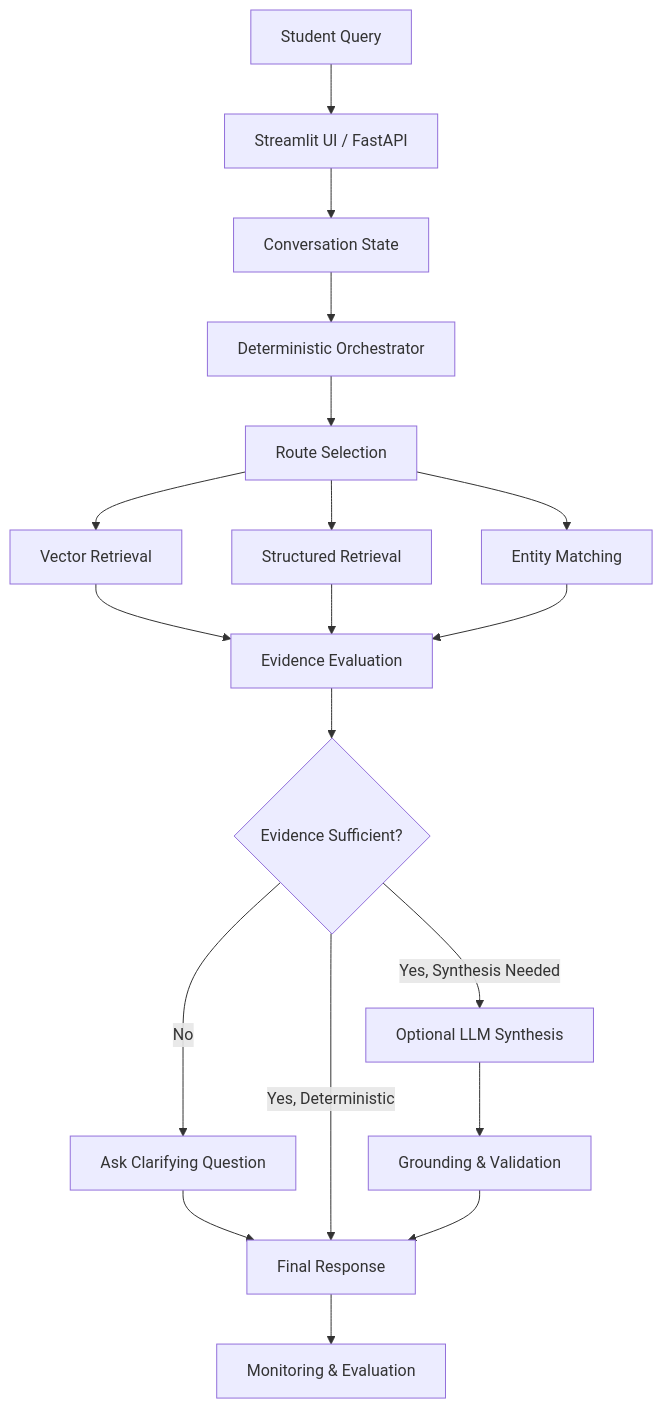
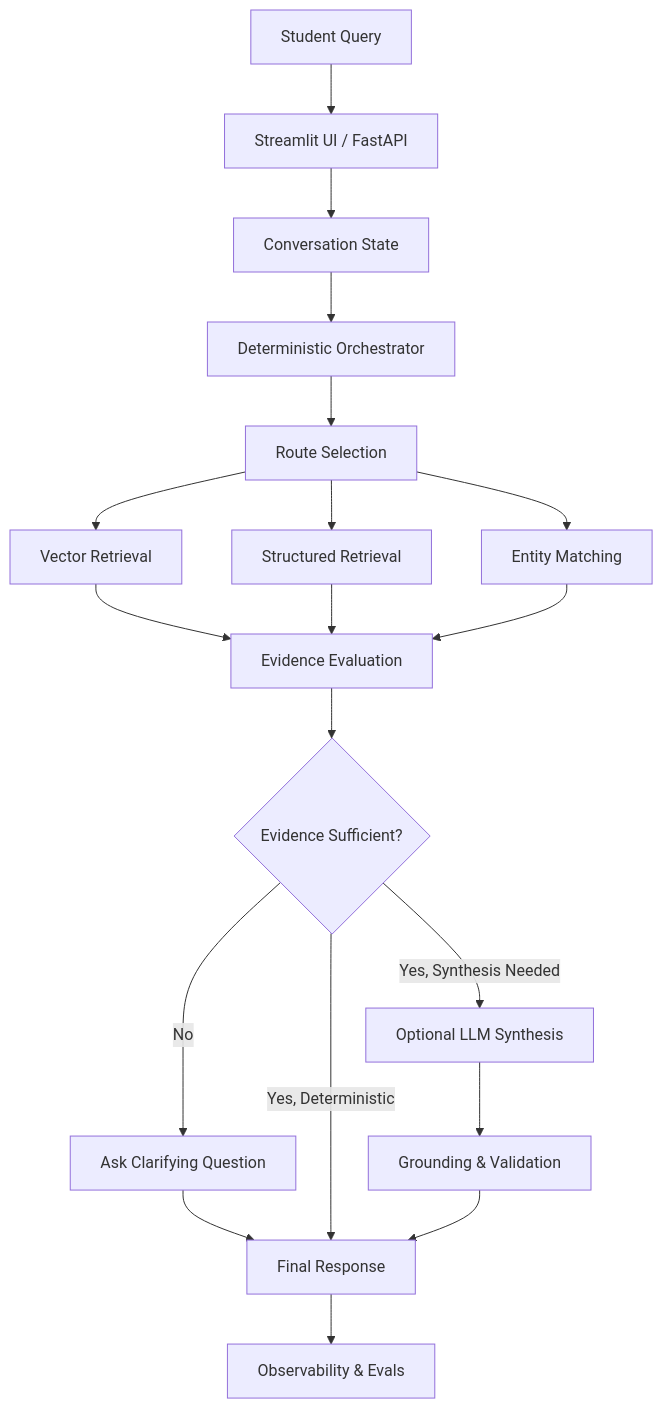
The diagram in README.md (sushv07/GradCenterAgenticAIAssistant), drawn with Mermaid before and after one commit.

Commit message:
Update monitoring section title in README

````diff
--- a/README.md
+++ b/README.md
@@ -407,59 +407,59 @@
 ```mermaid
 flowchart TD
 
     User[Student Query]
 
     UI[Streamlit UI / FastAPI]
 
     State[Conversation State]
 
     Orchestrator[Deterministic Orchestrator]
 
     Router[Route Selection]
 
     Vector[Vector Retrieval]
 
     Structured[Structured Retrieval]
 
     Entity[Entity Matching]
 
     Evidence[Evidence Evaluation]
 
     Decision{Evidence Sufficient?}
 
     Clarify[Ask Clarifying Question]
 
     LLM[Optional LLM Synthesis]
 
     Validate[Grounding & Validation]
 
     Response[Final Response]
 
-    Monitor[Monitoring & Evaluation]
+    Monitor[Observability & Evals]
 
     User --> UI
     UI --> State
     State --> Orchestrator
     Orchestrator --> Router
 
     Router --> Vector
     Router --> Structured
     Router --> Entity
 
     Vector --> Evidence
     Structured --> Evidence
     Entity --> Evidence
 
     Evidence --> Decision
 
     Decision -->|No| Clarify
     Clarify --> Response
 
     Decision -->|Yes, Deterministic| Response
 
     Decision -->|Yes, Synthesis Needed| LLM
     LLM --> Validate
     Validate --> Response
 
     Response --> Monitor
 ```
````
